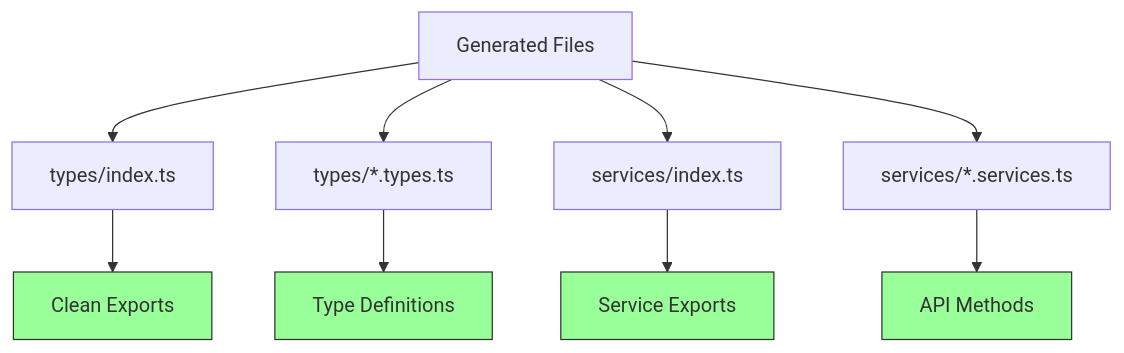
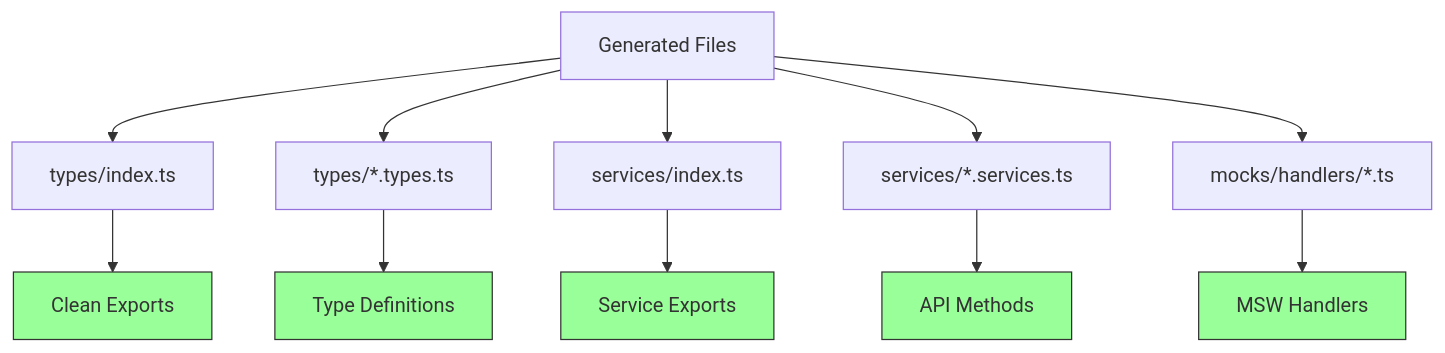
One commit to dianramdhani/openapi-mcp changed the sixth of 8 diagrams in README.md. Above: the diagram before and after it, drawn with Mermaid. The commit also changed other lines of this file and 11 other files, not shown here.

````diff
--- a/README.md
+++ b/README.md
@@ -137,17 +142,20 @@
 ```mermaid
 graph TD
     A[Generated Files] --> B[types/index.ts]
     A --> C[types/*.types.ts]
     A --> D[services/index.ts]
     A --> E[services/*.services.ts]
+    A --> F[mocks/handlers/*.ts]
     
-    B --> F[Clean Exports]
-    C --> G[Type Definitions]
-    D --> H[Service Exports]
-    E --> I[API Methods]
+    B --> G[Clean Exports]
+    C --> H[Type Definitions]
+    D --> I[Service Exports]
+    E --> J[API Methods]
+    F --> K[MSW Handlers]
     
-    style F fill:#9f9,stroke:#333
     style G fill:#9f9,stroke:#333
     style H fill:#9f9,stroke:#333
     style I fill:#9f9,stroke:#333
+    style J fill:#9f9,stroke:#333
+    style K fill:#9f9,stroke:#333
 ```
````
